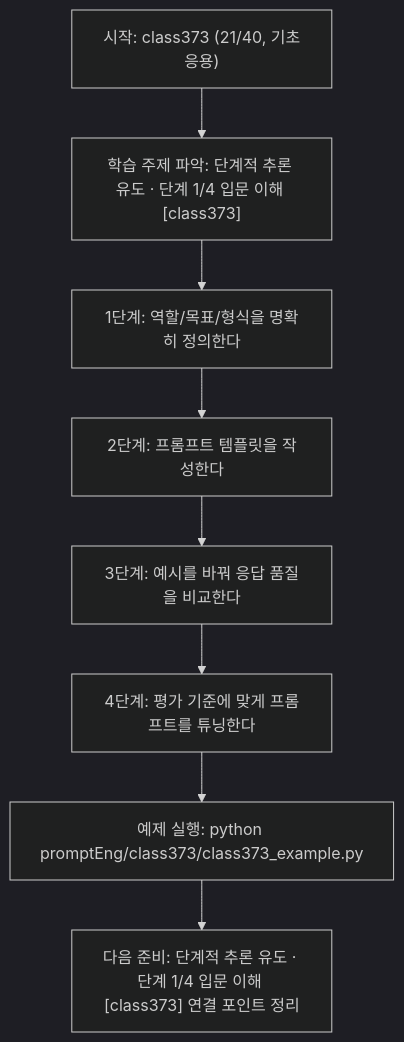
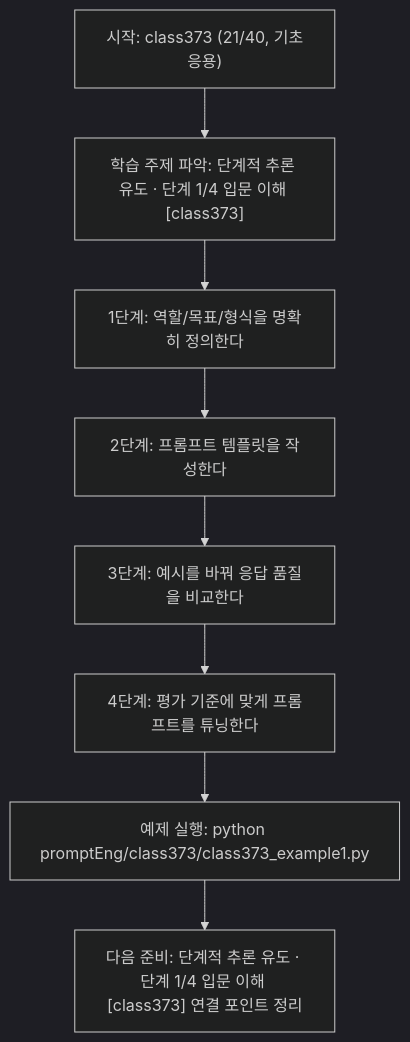
Before and after one commit to edumgt/Python-AI_Agent-Class: the diagram in promptEng/class373/class373.md, drawn with Mermaid (dark theme). The commit also changed other lines of this file and 2959 other files, not shown here.

````diff
--- a/promptEng/class373/class373.md
+++ b/promptEng/class373/class373.md
@@ -110,18 +110,18 @@
 ```mermaid
 flowchart TD
 N1["시작: class373 (21/40, 기초응용)"]
 N2["학습 주제 파악: 단계적 추론 유도 · 단계 1/4 입문 이해 [class373]"]
 N3["1단계: 역할/목표/형식을 명확히 정의한다"]
 N4["2단계: 프롬프트 템플릿을 작성한다"]
 N5["3단계: 예시를 바꿔 응답 품질을 비교한다"]
 N6["4단계: 평가 기준에 맞게 프롬프트를 튜닝한다"]
-N7["예제 실행: python promptEng/class373/class373_example.py"]
+N7["예제 실행: python promptEng/class373/class373_example1.py"]
 N8["다음 준비: 단계적 추론 유도 · 단계 1/4 입문 이해 [class373] 연결 포인트 정리"]
 N1 --> N2
 N2 --> N3
 N3 --> N4
 N4 --> N5
 N5 --> N6
 N6 --> N7
 N7 --> N8
 ```
````
